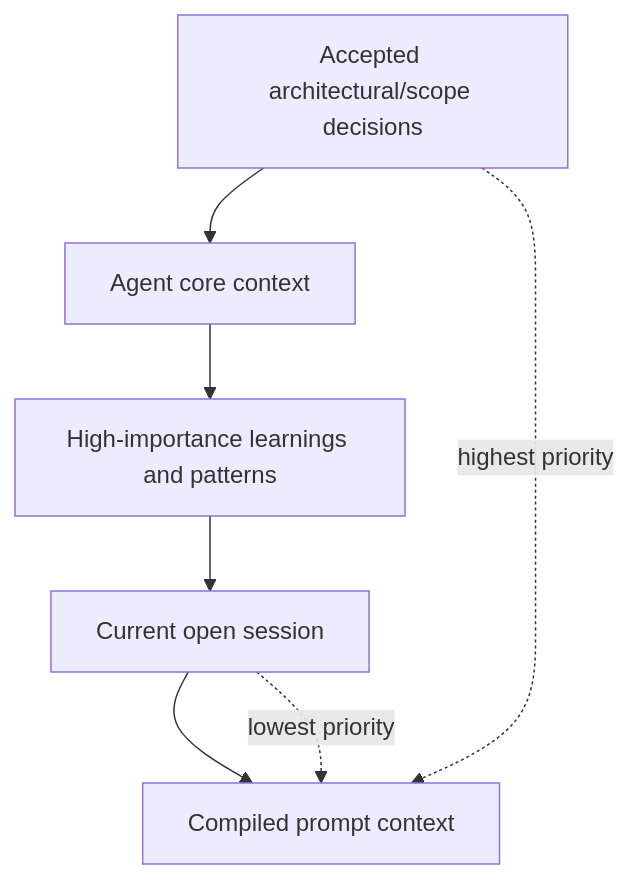
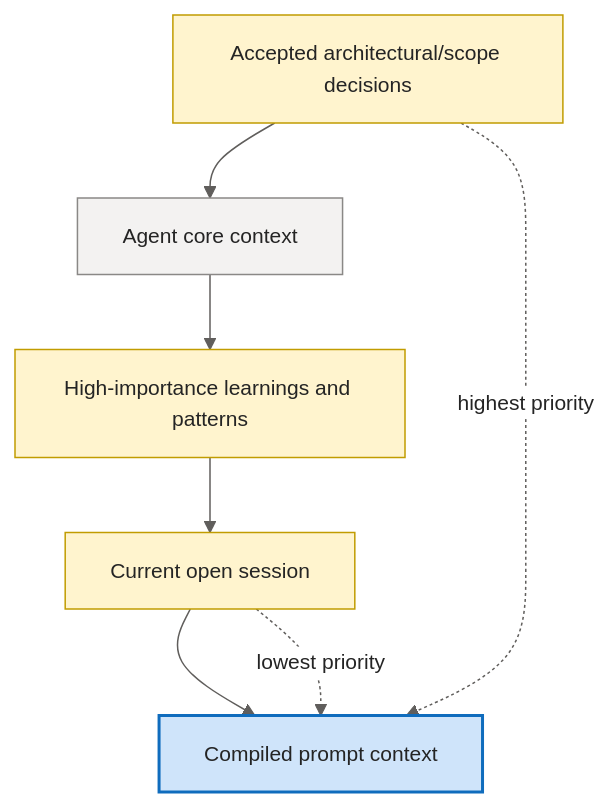
Before and after one commit to sabbour/agentweaver: the fourth of 4 diagrams in docs/deep-dive/data-persistence.md, drawn with Mermaid. The commit also changed other lines of this file and 13 other files, not shown here.

````diff
--- a/docs/deep-dive/data-persistence.md
+++ b/docs/deep-dive/data-persistence.md
@@ -314,10 +374,23 @@
 ```mermaid
+%%{init: {'theme':'base','themeVariables':{'fontFamily':'Segoe UI, system-ui, -apple-system, sans-serif','fontSize':'14px','primaryColor':'#E8EEF9','primaryBorderColor':'#0F6CBD','primaryTextColor':'#242424','lineColor':'#605E5C','clusterBkg':'#FAF9F8','clusterBorder':'#D2D0CE','edgeLabelBackground':'#FFFFFF'}}}%%
 flowchart TD
     A[Accepted architectural/scope decisions] --> B[Agent core context]
     B --> C[High-importance learnings and patterns]
     C --> D[Current open session]
     D --> E[Compiled prompt context]
 
     A -.highest priority.-> E
     D -.lowest priority.-> E
+
+    classDef client fill:#E8EEF9,stroke:#0F6CBD,stroke-width:1px,color:#242424;
+    classDef svc fill:#F3F2F1,stroke:#8A8886,stroke-width:1px,color:#242424;
+    classDef core fill:#CFE4FA,stroke:#0F6CBD,stroke-width:2px,color:#242424;
+    classDef data fill:#FFF4CE,stroke:#C19C00,stroke-width:1px,color:#242424;
+    classDef ext fill:#F0E8F8,stroke:#8764B8,stroke-width:1px,color:#242424;
+    classDef runtime fill:#DDF3DD,stroke:#107C10,stroke-width:1px,color:#242424;
+    classDef evt fill:#D6F0F0,stroke:#038387,stroke-width:1px,color:#242424;
+
+    class A,C,D data;
+    class B svc;
+    class E core;
 ```
````
